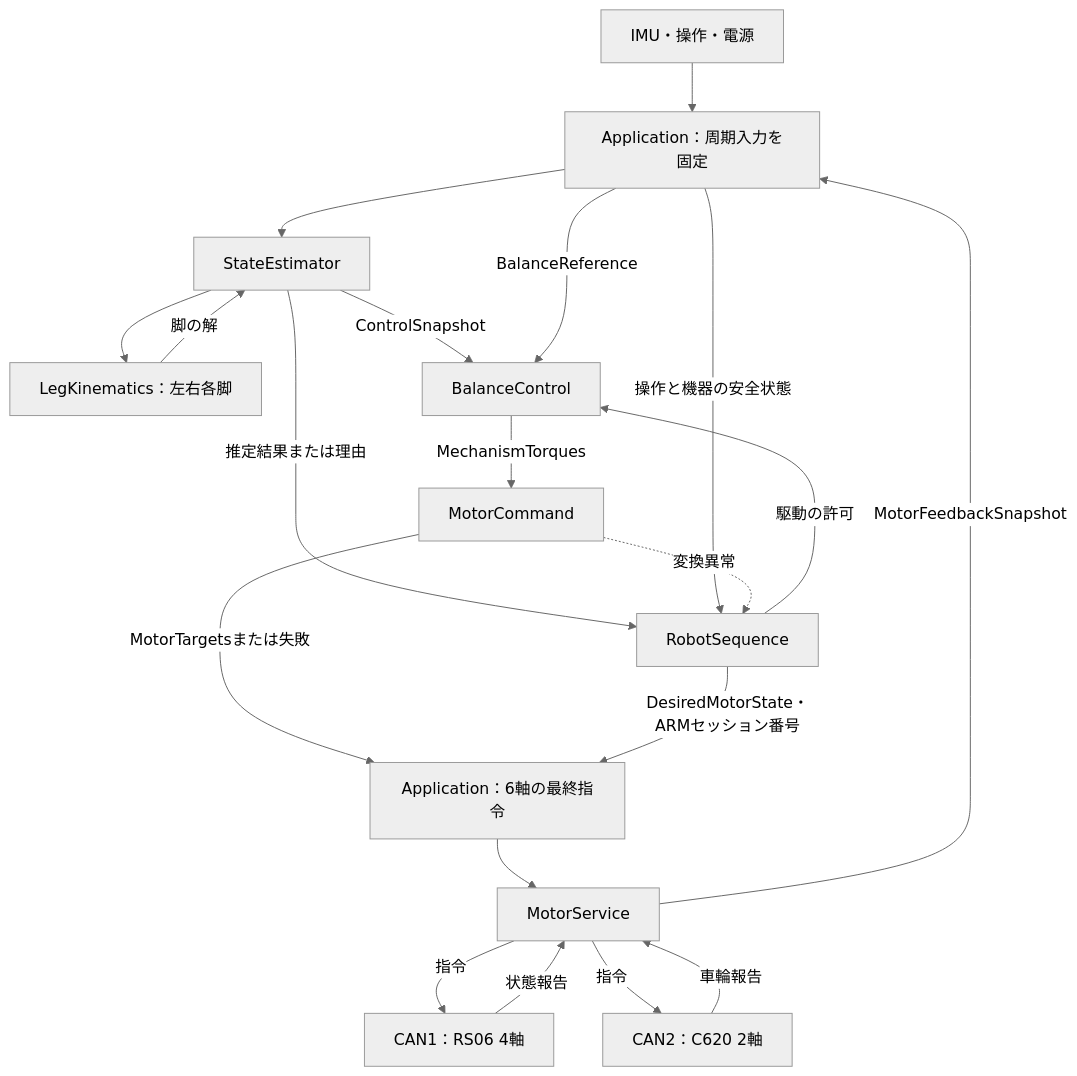
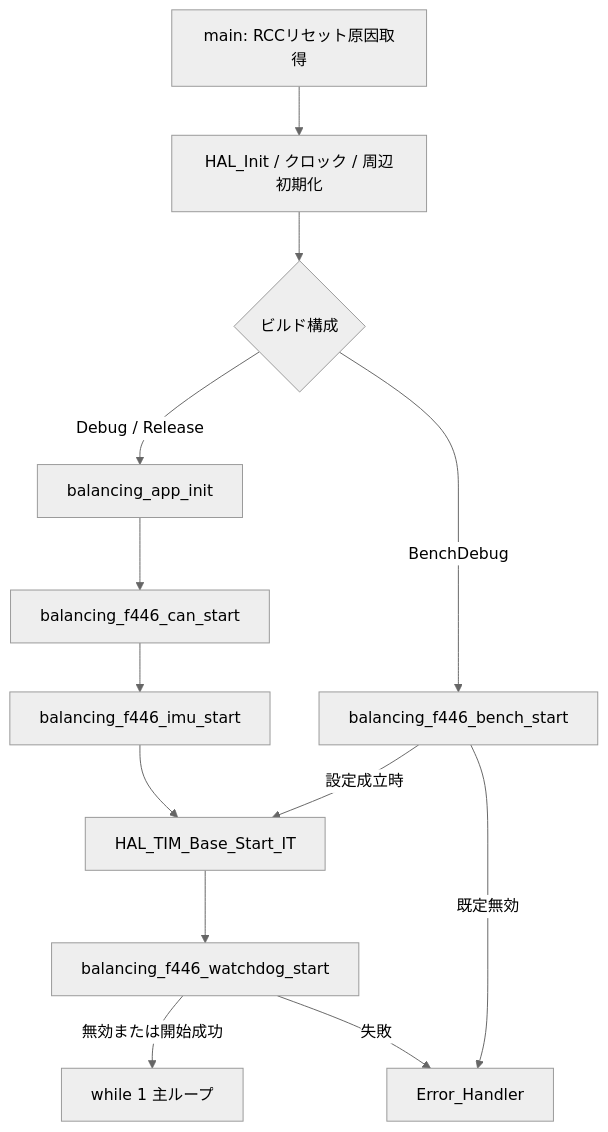
One commit to kou-pen/balancing changed the first of 8 diagrams in docs/diagrams.md. Above: the diagram before and after it, drawn with Mermaid (neutral theme). The commit also changed other lines of this file and 16 other files, not shown here.

```diff
--- a/docs/diagrams.md
+++ b/docs/diagrams.md
@@ -25,22 +7,15 @@
 <pre class="mermaid">
 flowchart TB
-    IO["IMU・操作・電源"] --> APP["Application：周期入力を固定"]
-    APP --> EST["StateEstimator"]
-    EST --> KIN["LegKinematics：左右各脚"]
-    KIN -->|脚の解| EST
-    EST -->|ControlSnapshot| CTRL["BalanceControl"]
-    EST -->|推定結果または理由| SEQ["RobotSequence"]
-    APP -->|操作と機器の安全状態| SEQ
-    APP -->|BalanceReference| CTRL
-    SEQ -->|駆動の許可| CTRL
-    CTRL -->|MechanismTorques| CMD["MotorCommand"]
-    CMD -->|MotorTargetsまたは失敗| OUT["Application：6軸の最終指令"]
-    CMD -.->|変換異常| SEQ
-    SEQ -->|DesiredMotorState・ARMセッション番号| OUT
-    OUT --> MS["MotorService"]
-    MS -->|指令| RS["CAN1：RS06 4軸"]
-    MS -->|指令| WHEEL["CAN2：C620 2軸"]
-    RS -->|状態報告| MS
-    WHEEL -->|車輪報告| MS
-    MS -->|MotorFeedbackSnapshot| APP
+    RESET["main: RCCリセット原因取得"] --> HAL["HAL_Init / クロック / 周辺初期化"]
+    HAL --> MODE{"ビルド構成"}
+    MODE -->|Debug / Release| APP["balancing_app_init"]
+    APP --> CAN["balancing_f446_can_start"]
+    CAN --> IMU["balancing_f446_imu_start"]
+    MODE -->|BenchDebug| BENCH["balancing_f446_bench_start"]
+    BENCH -->|既定無効| ERROR["Error_Handler"]
+    BENCH -->|設定成立時| TIMER["HAL_TIM_Base_Start_IT"]
+    IMU --> TIMER
+    TIMER --> WDG["balancing_f446_watchdog_start"]
+    WDG -->|無効または開始成功| LOOP["while 1 主ループ"]
+    WDG -->|失敗| ERROR
 </pre>
```
